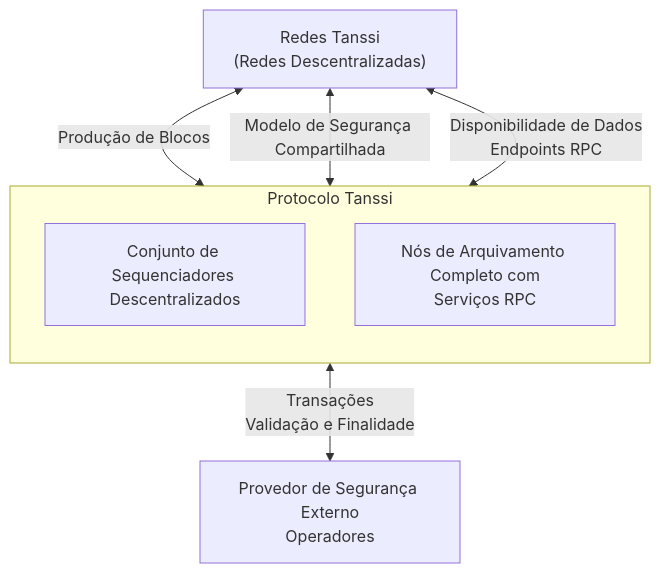
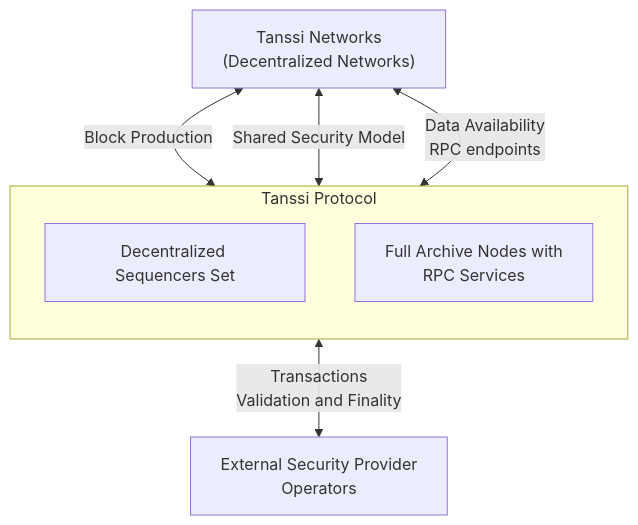
Before and after one commit to moondance-labs/tanssi-docs: the diagram in pt/learn/decentralized-networks/overview.md, drawn with Mermaid. The commit also changed other lines of this file and 91 other files, not shown here.

````diff
--- a/pt/learn/decentralized-networks/overview.md
+++ b/pt/learn/decentralized-networks/overview.md
@@ -29,17 +30,17 @@
 ```mermaid
 flowchart TB
-    networks["Redes Tanssi<br/>(Redes Descentralizadas)"]
+    networks["Tanssi Networks<br/>(Decentralized Networks)"]
 
-    subgraph tanssi["Protocolo Tanssi"]
+    subgraph tanssi["Tanssi Protocol"]
         direction TB
-        sequencers["Conjunto de Sequenciadores Descentralizados"]
-        node["Nós de Arquivamento Completo com<br/>Serviços RPC"]
+        sequencers["Decentralized Sequencers Set"]
+        node["Full Archive Nodes with<br/>RPC Services"]
     end
 
-    security["Provedor de Segurança Externo<br/>Operadores"]
+    security["External Security Provider<br/>Operators"]
     
-    networks<--Produção de Blocos-->tanssi
-    networks<--Modelo de Segurança Compartilhada-->tanssi
-    networks<--Disponibilidade de Dados<br/>Endpoints RPC-->tanssi
-    tanssi<--Transações<br/>Validação e Finalidade-->security
+    networks<--Block Production-->tanssi
+    networks<--Shared Security Model-->tanssi
+    networks<--Data Availability<br/>RPC endpoints-->tanssi
+    tanssi<--Transactions<br/>Validation and Finality-->security
 ```
````
